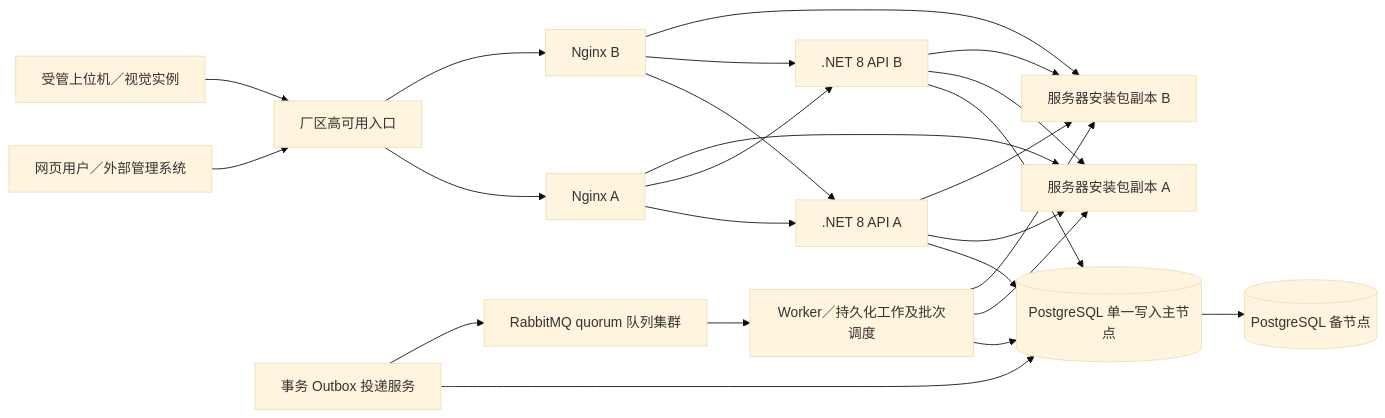
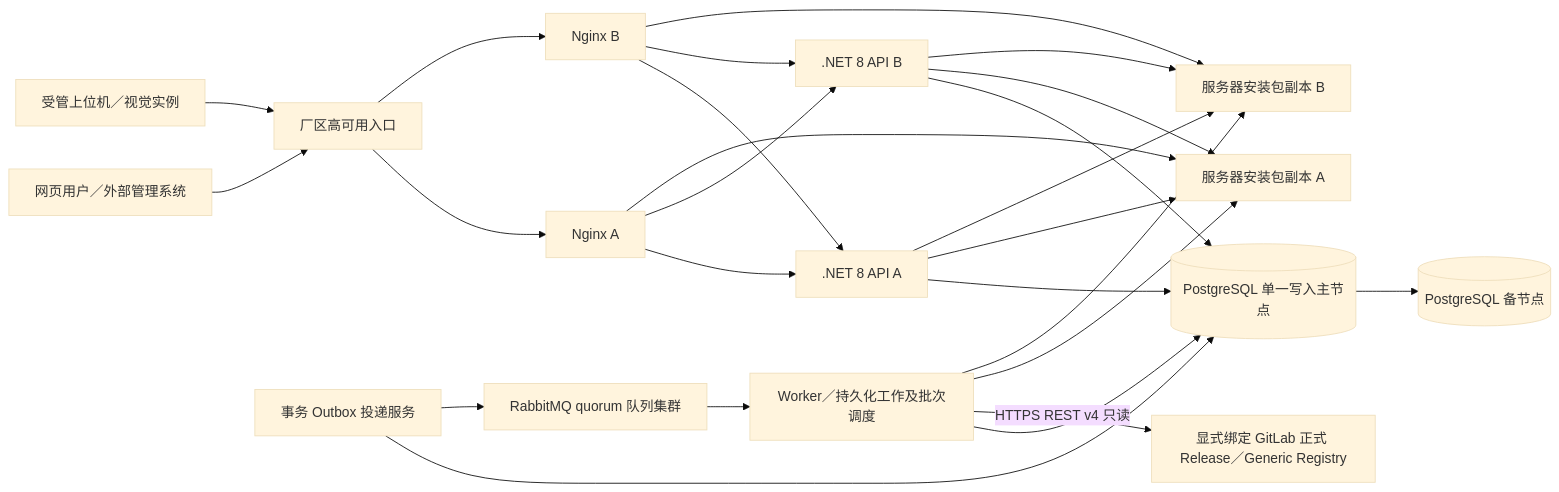
Before and after one commit to ShuJinHao/SoftwareVersionManagement: the first of 4 diagrams in docs/总体架构.md, drawn with Mermaid (base theme). The commit also changed other lines of this file and 65 other files, not shown here.

Commit message:
feat: import formal GitLab releases for site deployment

````diff
--- a/docs/总体架构.md
+++ b/docs/总体架构.md
@@ -19,26 +19,27 @@
 ```mermaid
 flowchart LR
     People[网页用户／外部管理系统] --> Entry[厂区高可用入口]
     Client[受管上位机／视觉实例] --> Entry
     Entry --> N1[Nginx A]
     Entry --> N2[Nginx B]
     N1 --> A1[.NET 8 API A]
     N1 --> A2[.NET 8 API B]
     N2 --> A1
     N2 --> A2
     N1 --> F1[服务器安装包副本 A]
     N2 --> F2[服务器安装包副本 B]
     A1 --> DB[(PostgreSQL 单一写入主节点)]
     A2 --> DB
     W[Worker／持久化工作及批次调度] --> DB
+    W -->|HTTPS REST v4 只读| GitLab[显式绑定 GitLab 正式 Release／Generic Registry]
     O[事务 Outbox 投递服务] --> DB
     O --> MQ[RabbitMQ quorum 队列集群]
     MQ --> W
     W --> F1
     W --> F2
     DB --> Standby[(PostgreSQL 备节点)]
     A1 --> F1
     A1 --> F2
     A2 --> F1
     A2 --> F2
 ```
````
